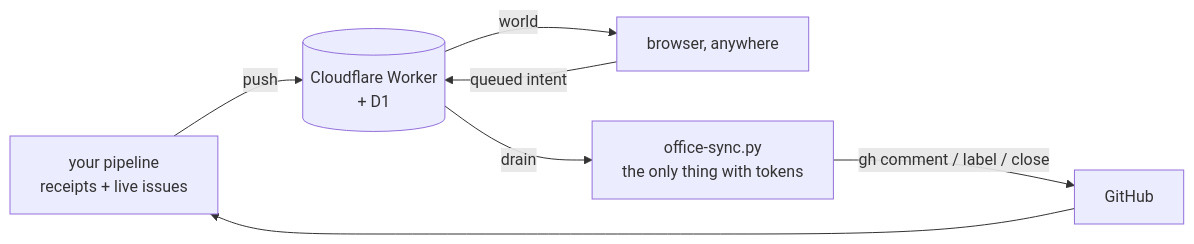
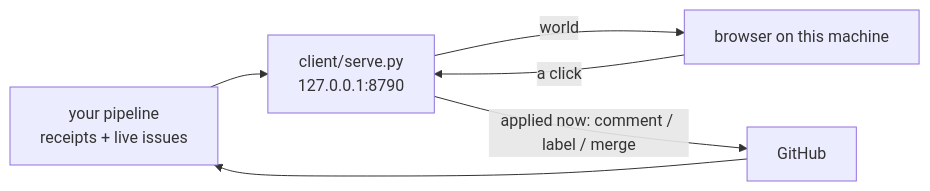
One commit to ariaxhan/nexus-office changed the diagram in README.md. Above: the diagram before and after it, drawn with Mermaid. The commit also changed other lines of this file and 21 other files, not shown here.

````diff
--- a/README.md
+++ b/README.md
@@ -14,9 +14,8 @@
 ```mermaid
 flowchart LR
-  R[your pipeline<br/>receipts + live issues] -->|push| W
-  W[(Cloudflare Worker<br/>+ D1)] -->|world| B[browser, anywhere]
-  B -->|queued intent| W
-  W -->|drain| L[office-sync.py<br/>the only thing with tokens]
-  L -->|gh comment / label / close| G[GitHub]
+  R[your pipeline<br/>receipts + live issues] --> S
+  S[client/serve.py<br/>127.0.0.1:8790] -->|world| B[browser on this machine]
+  B -->|a click| S
+  S -->|applied now: comment / label / merge| G[GitHub]
   G --> R
 ```
````
